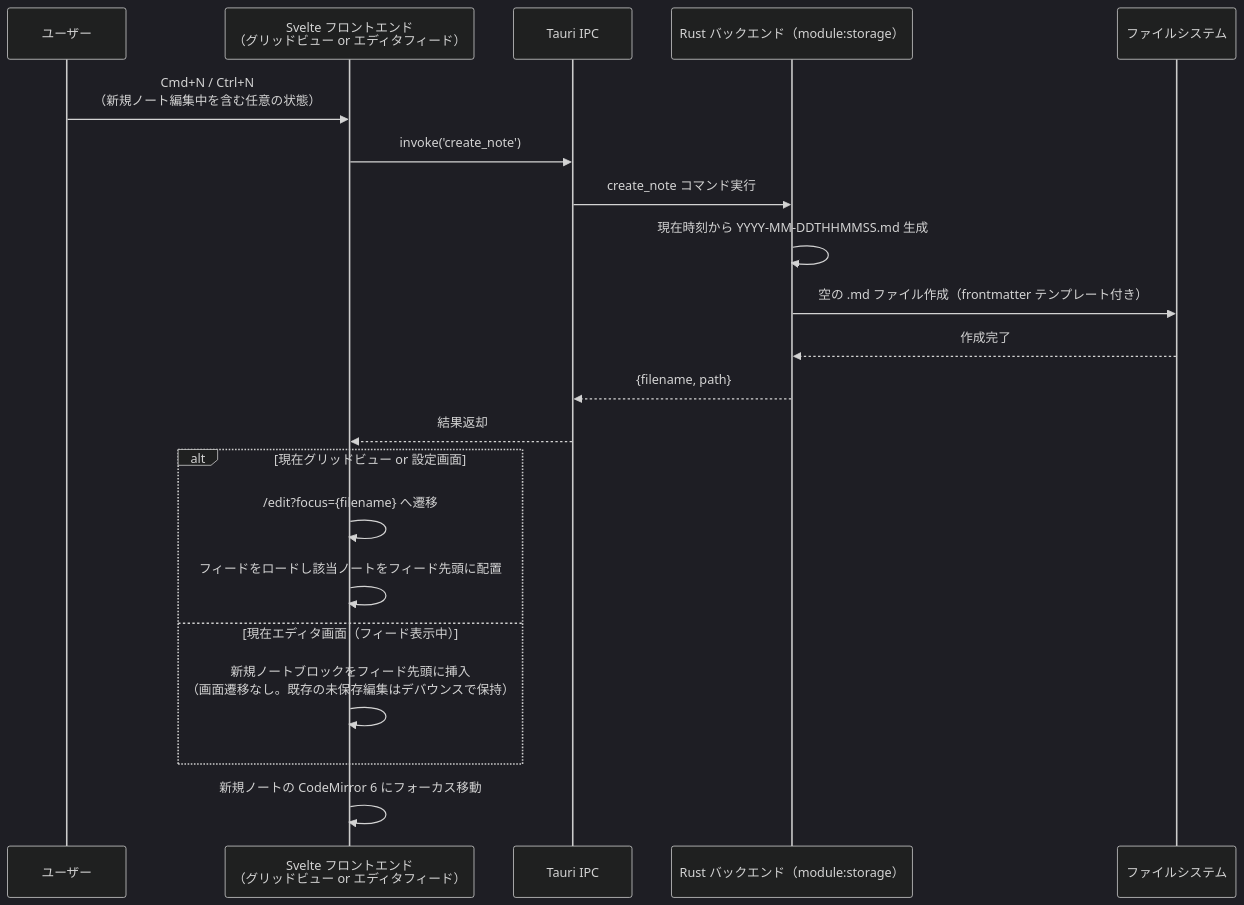
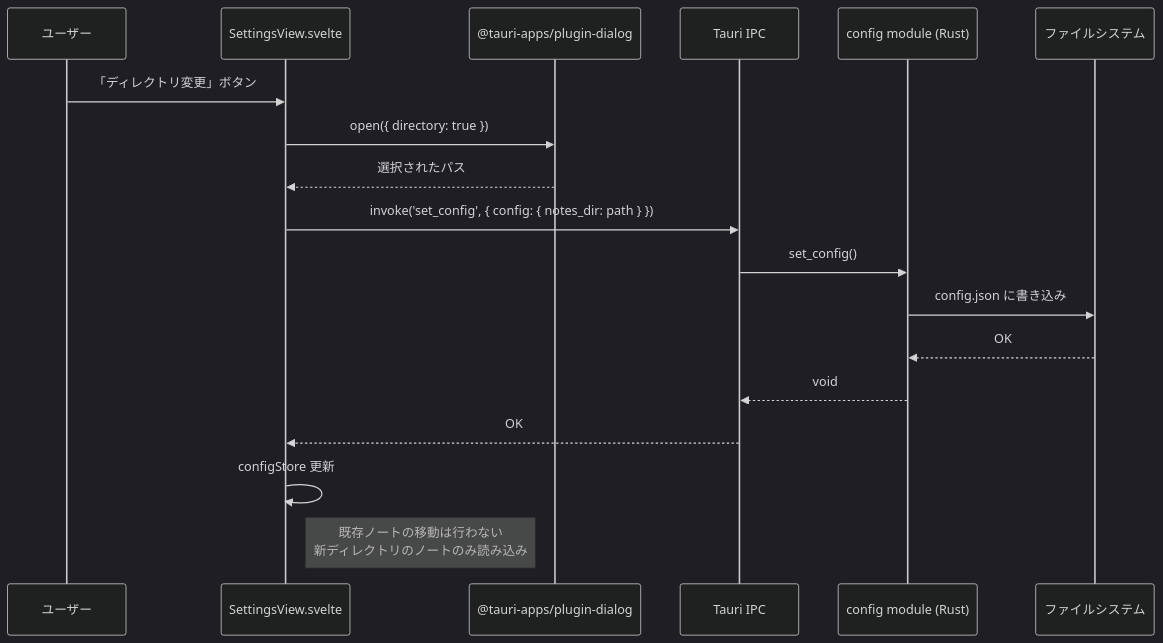
One commit to dev-komenzar/prompt-notes changed the third of 3 diagrams in docs/detailed_design/component_architecture.md. Above: the diagram before and after it, drawn with Mermaid (dark theme). The commit also changed other lines of this file and 7 other files, not shown here.

````diff
--- a/docs/detailed_design/component_architecture.md
+++ b/docs/detailed_design/component_architecture.md
@@ -152,26 +174,21 @@
 ```mermaid
 sequenceDiagram
     participant User as ユーザー
-    participant FE as Svelte フロントエンド<br/>（グリッドビュー or エディタフィード）
+    participant Settings as SettingsView.svelte
+    participant Dialog as @tauri-apps/plugin-dialog
     participant IPC as Tauri IPC
-    participant RS as Rust バックエンド（module:storage）
+    participant Config as config module (Rust)
     participant FS as ファイルシステム
 
-    User->>FE: Cmd+N / Ctrl+N<br/>（新規ノート編集中を含む任意の状態）
-    FE->>IPC: invoke('create_note')
-    IPC->>RS: create_note コマンド実行
-    RS->>RS: 現在時刻から YYYY-MM-DDTHHMMSS.md 生成
-    RS->>FS: 空の .md ファイル作成（frontmatter テンプレート付き）
-    FS-->>RS: 作成完了
-    RS-->>IPC: {filename, path}
-    IPC-->>FE: 結果返却
-
-    alt 現在グリッドビュー or 設定画面
-        FE->>FE: /edit?focus={filename} へ遷移
-        FE->>FE: フィードをロードし該当ノートをフィード先頭に配置
-    else 現在エディタ画面（フィード表示中）
-        FE->>FE: 新規ノートブロックをフィード先頭に挿入<br/>（画面遷移なし。既存の未保存編集はデバウンスで保持）
-    end
-
-    FE->>FE: 新規ノートの CodeMirror 6 にフォーカス移動
+    User->>Settings: 「ディレクトリ変更」ボタン
+    Settings->>Dialog: open({ directory: true })
+    Dialog-->>Settings: 選択されたパス
+    Settings->>IPC: invoke('set_config', { config: { notes_dir: path } })
+    IPC->>Config: set_config()
+    Config->>FS: config.json に書き込み
+    FS-->>Config: OK
+    Config-->>IPC: void
+    IPC-->>Settings: OK
+    Settings->>Settings: configStore 更新
+    Note right of Settings: 既存ノートの移動は行わない<br/>新ディレクトリのノートのみ読み込み
 ```
````
